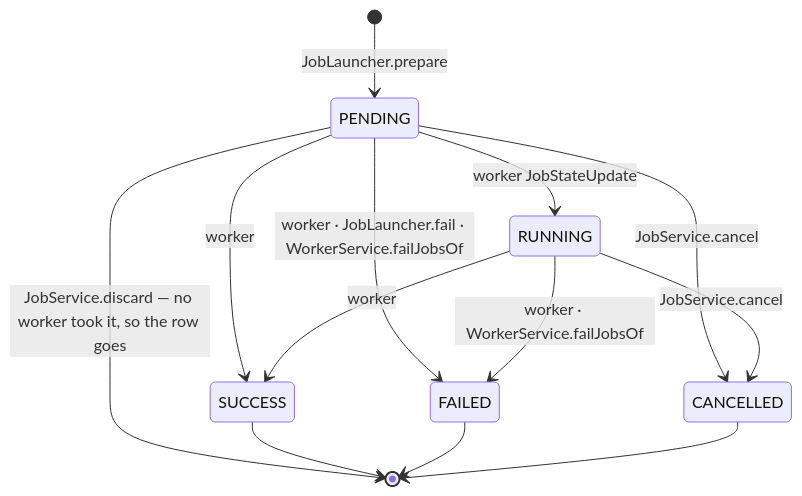
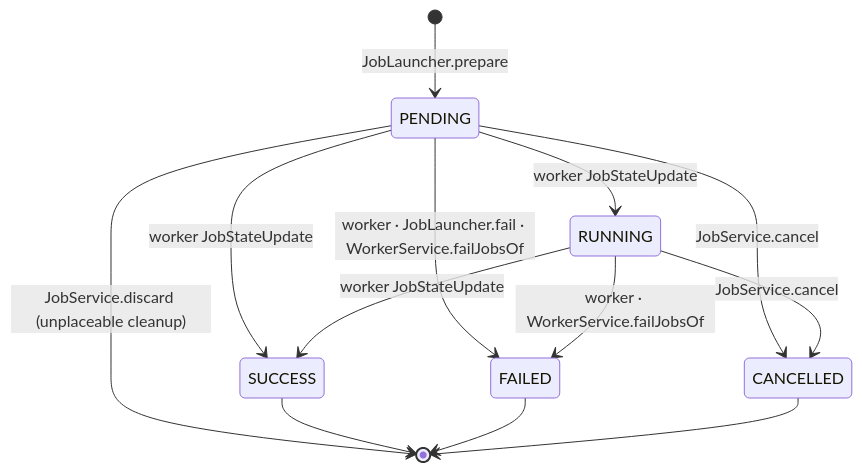
Before and after one commit to iceBear67/prts-central: the third of 3 diagrams in agent-docs/job-lifecycle.md, drawn with Mermaid. The commit also changed other lines of this file and 53 other files, not shown here.

````diff
--- a/agent-docs/job-lifecycle.md
+++ b/agent-docs/job-lifecycle.md
@@ -226,15 +88,15 @@
 ```mermaid
 stateDiagram-v2
     [*] --> PENDING: JobLauncher.prepare
     PENDING --> RUNNING: worker JobStateUpdate
-    PENDING --> SUCCESS: worker
+    PENDING --> SUCCESS: worker JobStateUpdate
     PENDING --> FAILED: worker · JobLauncher.fail · WorkerService.failJobsOf
     PENDING --> CANCELLED: JobService.cancel
-    PENDING --> [*]: JobService.discard — no worker took it, so the row goes
-    RUNNING --> SUCCESS: worker
+    PENDING --> [*]: JobService.discard (unplaceable cleanup)
+    RUNNING --> SUCCESS: worker JobStateUpdate
     RUNNING --> FAILED: worker · WorkerService.failJobsOf
     RUNNING --> CANCELLED: JobService.cancel
     SUCCESS --> [*]
     FAILED --> [*]
     CANCELLED --> [*]
 ```
````
